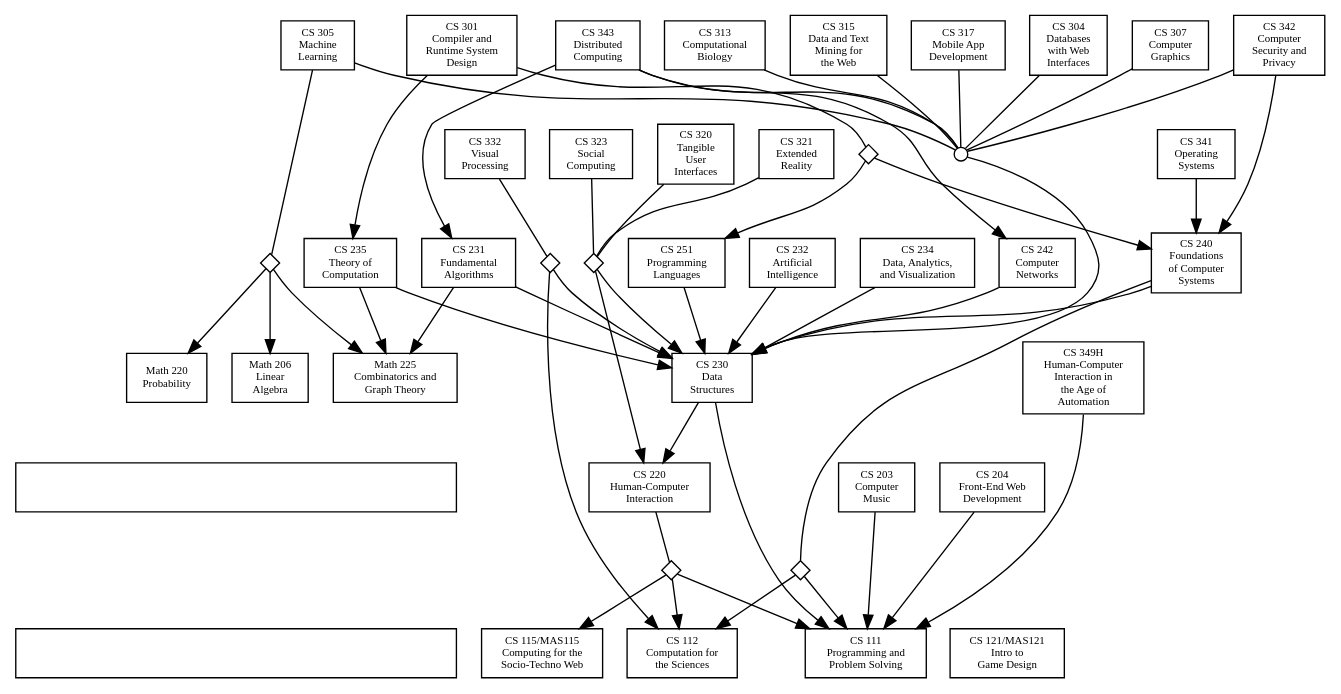
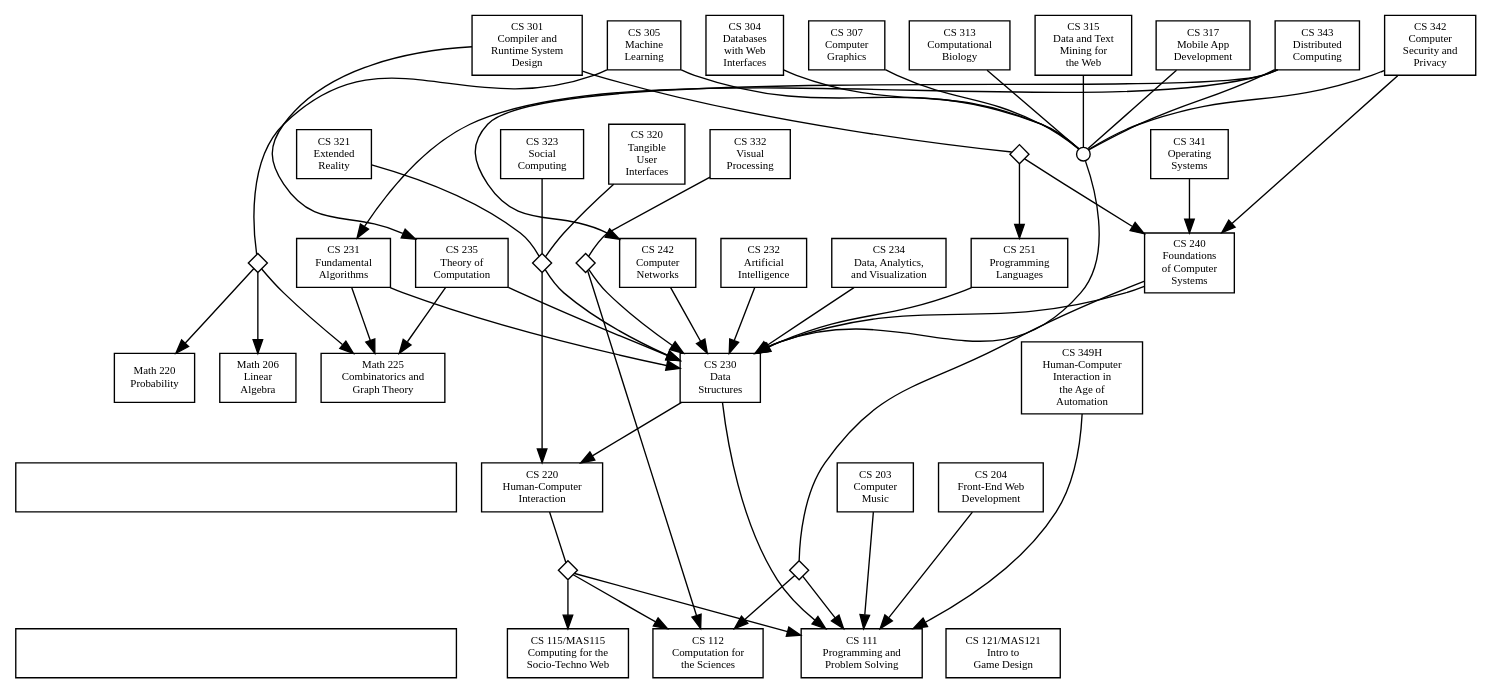
Before and after one commit to solsword/prereqs: the diagram in prereqs.dot, drawn with Graphviz.

Commit message:
Added constraint=false to recommended links, which improves graph layout.
-Peter Mawhorter

```diff
--- a/prereqs.dot
+++ b/prereqs.dot
@@ -1,134 +1,134 @@
 digraph Course_Prerequisites {
   // Default properties for every node
   node [shape="rectangle", fontsize="8", style="filled", fillcolor="white"];
 
   // Node for the descriptions to be placed into
   desctop [label="", class="desc-top", width=4.5]
   descbot [label="", class="desc-bot", width=4.5]
   desctop -> descbot [style="invis"]
 
   // Nodes (classes plus grouping nodes)
   cs111 [label="CS 111\nProgramming and\nProblem Solving", class="core intro"]
   cs112 [label="CS 112\nComputation for\nthe Sciences", class="intro"]
   cs115 [label="CS 115/MAS115\nComputing for the\nSocio-Techno Web", class="intro"]
   cs121 [label="CS 121/MAS121\nIntro to\nGame Design", class="intro"]
 
   cs230 [label="CS 230\nData\nStructures", class="core"]
   cs230up [label="", shape="circle", width="0.14", height="0.14", class="group"]
   cs240 [label="CS 240\nFoundations\nof Computer\nSystems", class="core"]
   cs111or112 [label="", shape="diamond", width="0.2", height="0.2", class="opt"]
   cs231 [label="CS 231\nFundamental\nAlgorithms", class="core"]
   cs235 [label="CS 235\nTheory of\nComputation", class="core"]
   cs251 [label="CS 251\nProgramming\nLanguages", class="core"] 
   cs230 -> cs220 [class="invisible"]
 
   math225 [label="Math 225\nCombinatorics and\nGraph Theory", class="math required"]
   math206 [label="Math 206\nLinear\nAlgebra", class="math"]
   math220 [label="Math 220\nProbability", class="math"]
 
   cs203 [label="CS 203\nComputer\nMusic", class="elective spring"]
   cs204 [label="CS 204\nFront-End Web\nDevelopment", class="elective fall"]
   cs220 [label="CS 220\nHuman-Computer\nInteraction", class="elective"]
   cs111or112or115 [label="", shape="diamond", width="0.2", height="0.2", class="opt"]
   cs232 [label="CS 232\nArtificial\nIntelligence", class="elective spring"]
   cs234 [label="CS 234\nData, Analytics,\nand Visualization", class="elective fall"]
   cs242 [label="CS 242\nComputer\nNetworks", class="elective fall"]
 
   cs301 [label="CS 301\nCompiler and\nRuntime System\nDesign", class="elective spring"]
   cs240or251 [label="", shape="diamond", width="0.2", height="0.2", class="opt"]
   cs304 [label="CS 304\nDatabases\nwith Web\nInterfaces", class="elective"]
   cs305 [label="CS 305\nMachine\nLearning", class="elective notoffered"]
   math225or206or220 [label="", shape="diamond", width="0.2", height="0.2", class="opt"]
   cs307 [label="CS 307\nComputer\nGraphics", class="elective spring"]
   cs313 [label="CS 313\nComputational\nBiology", class="elective notoffered"]
   cs315 [label="CS 315\nData and Text\nMining for\nthe Web", class="elective fall"]
   cs317 [label="CS 317\nMobile App\nDevelopment", class="elective spring"]
   cs230or220 [label="", shape="diamond", width="0.2", height="0.2", class="opt"]
   cs320 [label="CS 320\nTangible\nUser\nInterfaces", class="elective fall"]
   cs321 [label="CS 321\nExtended\nReality", class="elective spring"]
   cs323 [label="CS 323\nSocial\nComputing", class="elective notoffered"]
 
   cs332 [label="CS 332\nVisual\nProcessing", class="elective fall"]
   cs112or230 [label="", shape="diamond", width="0.2", height="0.2", class="opt"]
   cs341 [label="CS 341\nOperating\nSystems", class="elective fall"]
   cs342 [label="CS 342\nComputer\nSecurity and\nPrivacy", class="elective fall"]
   cs343 [label="CS 343\nDistributed\nComputing", class="elective notoffered"]
   cs349H [label="CS 349H\nHuman-Computer\nInteraction in\nthe Age of\nAutomation", class="elective spring"]
 
   // Arrangement of the nodes into rank groups
   {rank=same cs111 cs112 cs115 cs121 descbot}
 
   {rank=same cs203 cs204 cs220 desctop}
 
   {rank=same
     cs230
     math206 math220 math225
     cs349H
   }
 
   {rank=same
     cs240
     cs231 cs235 cs251
     cs232 cs234 cs242
   }
 
   {rank=same
     cs301
     cs317
 
     cs304 cs305 cs307
     cs313 cs315
     cs342 cs343
   }
 
   {rank=same
     cs320 cs321 cs323
     cs332
     cs341
   }
 
   // Edges (course prerequisites)
   // In some ca
   cs203 -> cs111
   cs204 -> cs111
   cs220 -> cs111or112or115 [arrowhead="none", class="options"]
   cs111or112or115 -> { cs111, cs112, cs115 } [class="option"]
 
   cs230 -> cs111
   cs230up -> cs230
   cs240 -> cs230
   cs240 -> cs111or112 [arrowhead="none", class="options"]
   cs111or112 -> { cs111, cs112 } [class="option"]
   cs231 -> { cs230, math225 }
   cs235 -> { cs230, math225 }
   cs251 -> cs230
 
   cs232 -> cs230
   cs234 -> cs230
   cs242 -> cs230
 
   cs301 -> cs240or251 [arrowhead="none", class="options"]
   cs240or251 -> { cs240, cs251 } [class="option"]
-  cs301 -> cs235 [class="recommended"]
+  cs301 -> cs235 [class="recommended" constraint=false]
   cs304 -> cs230up [arrowhead="none", class="grouping"]
   cs305 -> cs230up [arrowhead="none", class="grouping"]
   cs305 -> math225or206or220 [arrowhead="none", class="options"]
   math225or206or220 -> { math225, math206, math220 } [class="option"]
   cs307 -> cs230up [arrowhead="none", class="grouping"]
   cs317 -> cs230up [arrowhead="none", class="grouping"]
 
   cs313 -> cs230up [arrowhead="none", class="grouping"]
   cs315 -> cs230up [arrowhead="none", class="grouping"]
   cs320 -> cs230or220 [arrowhead="none", class="options"]
   cs230or220 -> { cs220, cs230 } [class="option"]
   cs321 -> cs230or220 [arrowhead="none", class="options"]
   cs323 -> cs230or220 [arrowhead="none", class="options"]
   cs332 -> cs112or230 [arrowhead="none", class="options"]
   cs112or230 -> { cs112, cs230 } [class="option"]
   cs341 -> cs240
   cs342 -> cs230up [arrowhead="none", class="grouping"]
   cs342 -> cs240
   cs343 -> cs230up [arrowhead="none", class="grouping"]
-  cs343 -> { cs231, cs242 } [class="recommended"]
+  cs343 -> { cs231, cs242 } [class="recommended" constraint=false]
   cs349H -> cs111 // Much more complicated than this!
 }
```
